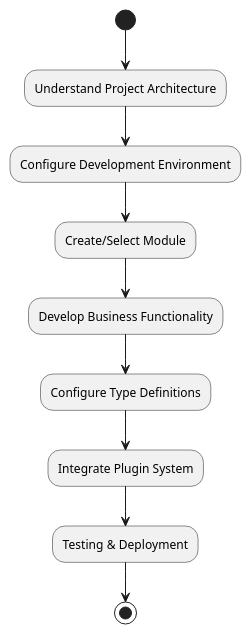
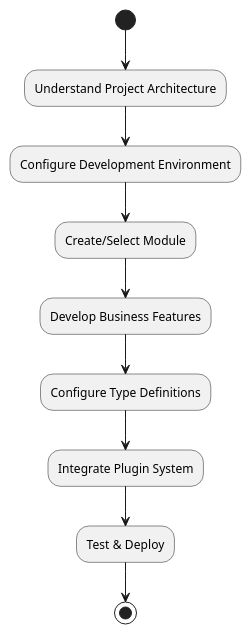
Before and after one commit to mineadmin/doc-v3: the fifth of 5 diagrams in docs/en/front/base/concept.md, drawn with PlantUML. The commit also changed other lines of this file and 225 other files, not shown here.

````diff
--- a/docs/en/front/base/concept.md
+++ b/docs/en/front/base/concept.md
@@ -540,12 +360,12 @@
 ```plantuml
 @startuml
 (*) --> "Understand Project Architecture"
 "Understand Project Architecture" --> "Configure Development Environment"
 "Configure Development Environment" --> "Create/Select Module"
-"Create/Select Module" --> "Develop Business Functionality"
-"Develop Business Functionality" --> "Configure Type Definitions"
+"Create/Select Module" --> "Develop Business Features"
+"Develop Business Features" --> "Configure Type Definitions"
 "Configure Type Definitions" --> "Integrate Plugin System"
-"Integrate Plugin System" --> "Testing & Deployment"
-"Testing & Deployment" --> (*)
+"Integrate Plugin System" --> "Test & Deploy"
+"Test & Deploy" --> (*)
 @enduml
 ```
````
